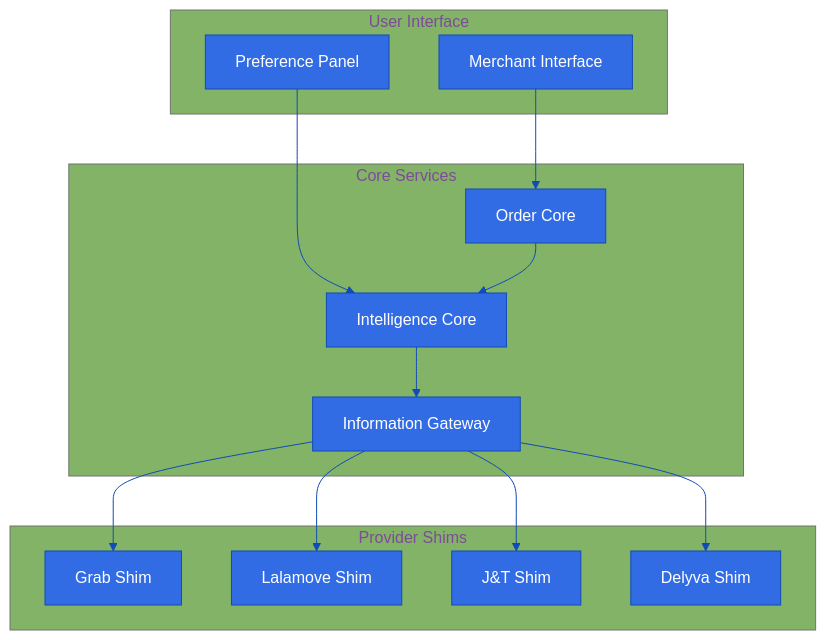
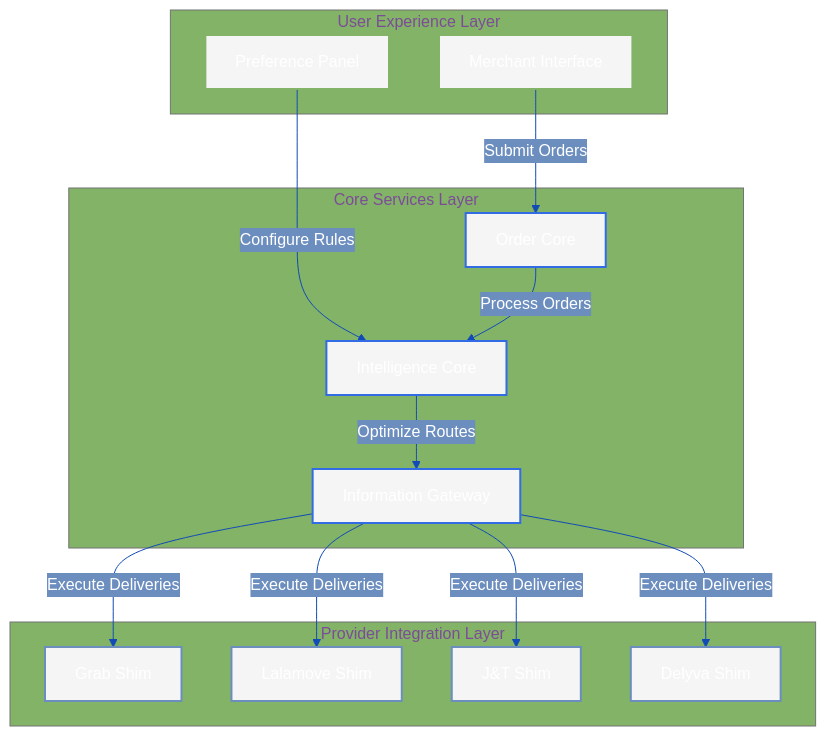
Before and after one commit to Dolpheyn/antar: the first of 8 diagrams in docs/product/features.md, drawn with Mermaid. The commit also changed other lines of this file and 76 other files, not shown here.

````diff
--- a/docs/product/features.md
+++ b/docs/product/features.md
@@ -19,27 +20,35 @@
 ```mermaid
 %%{init: {'theme': 'base', 'themeVariables': { 'primaryColor': '#326CE5', 'primaryTextColor': '#fff', 'primaryBorderColor': '#114BB7', 'lineColor': '#114BB7', 'secondaryColor': '#6C8EBF', 'tertiaryColor': '#82B366' }}}%%
 graph TB
-    subgraph Core Services
+    subgraph "Core Services Layer"
         IC[Intelligence Core]
         OC[Order Core]
         IG[Information Gateway]
     end
     
-    subgraph Provider Shims
+    subgraph "Provider Integration Layer"
         GS[Grab Shim]
         LS[Lalamove Shim]
         JS[J&T Shim]
         DS[Delyva Shim]
     end
     
-    subgraph User Interface
+    subgraph "User Experience Layer"
         MI[Merchant Interface]
         PP[Preference Panel]
     end
     
-    MI --> OC
-    PP --> IC
-    OC --> IC
-    IC --> IG
-    IG --> GS & LS & JS & DS
+    MI -->|"Submit Orders"| OC
+    PP -->|"Configure Rules"| IC
+    OC -->|"Process Orders"| IC
+    IC -->|"Optimize Routes"| IG
+    IG -->|"Execute Deliveries"| GS & LS & JS & DS
+
+    classDef core fill:#f5f5f5,stroke:#326CE5,stroke-width:2px
+    classDef shim fill:#f5f5f5,stroke:#6C8EBF,stroke-width:2px
+    classDef ui fill:#f5f5f5,stroke:#82B366,stroke-width:2px
+
+    class IC,OC,IG core
+    class GS,LS,JS,DS shim
+    class MI,PP ui
 ```
````
